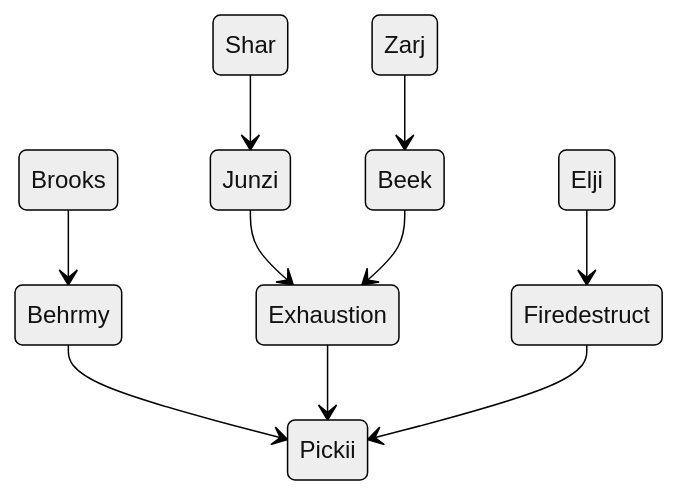
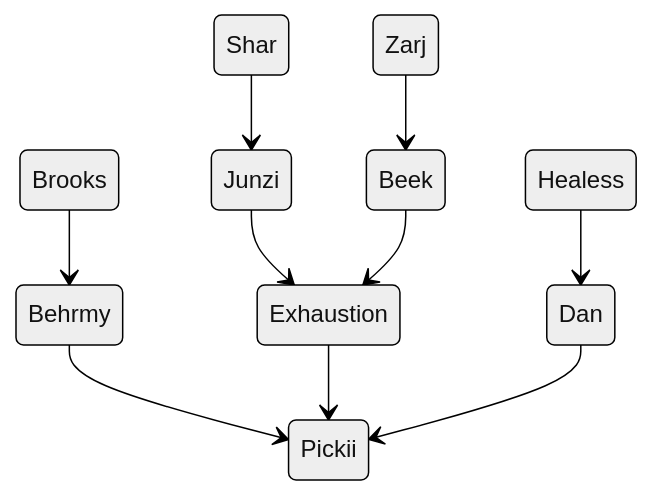
The fourth of 11 diagrams in wepulled/swp/README.md (leemWF/READMEVault), drawn with Mermaid (neutral theme) before and after one commit. The commit also changed other lines of this file, not shown here.

````diff
--- a/wepulled/swp/README.md
+++ b/wepulled/swp/README.md
@@ -83,23 +83,23 @@
 ```mermaid
 stateDiagram-v2
     t2: Pickii
     h4: Behrmy
     h5: Exhaustion
-    h6: Elji
+    h6: Healess
     rr1: Shar
-    rr2: Firedestruct
+    rr2: Dan
     rr3: Junzi
     rr4: Beek
     rr5: Brooks
     rr6: Zarj
     
     rr5 --> h4
     h4 --> t2
     h5 --> t2
     h6 --> rr2
     rr1 --> rr3
     rr2 --> t2
     rr3 --> h5
     rr4 --> h5
     rr6 --> rr4
 ```
````
